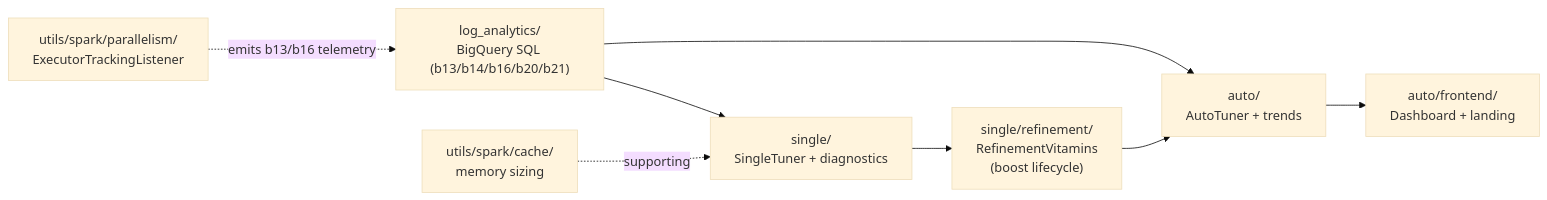
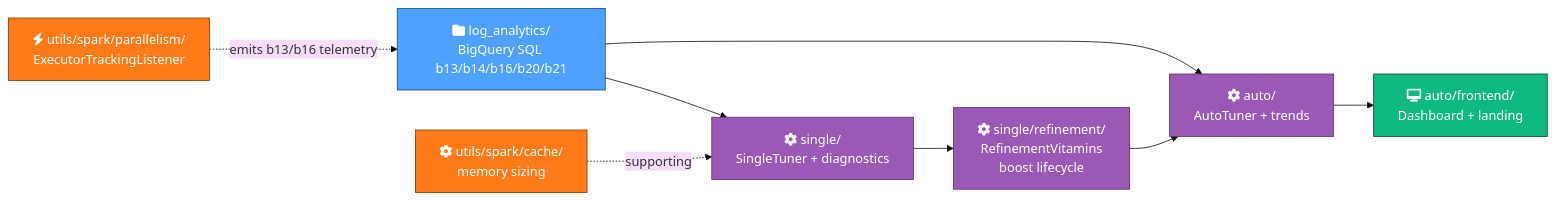
The diagram in CONTRIBUTING.md (albertols/spark-cluster-job-tuner), drawn with Mermaid (base theme) before and after one commit. The commit also changed other lines of this file, not shown here.

Commit message:
CONTRIBUTING: upgrade architecture diagram + add MERMAID_STYLE pointer
Two changes:

(1) Inserts a 1-line callout above the architecture-orientation diagram
    pointing readers at docs/MERMAID_STYLE.md as the canonical guide
    for any new Mermaid in the repo.

(2) Upgrades the architecture-orientation diagram to follow the style
    guide: classDef block (cloud/process/spark/frontend), FontAwesome
    icons (fa:fa-folder for the log_analytics module, fa:fa-cog for the
    Scala modules, fa:fa-desktop for the frontend, fa:fa-bolt for the
    listener). Module taxonomy preserved; visual hierarchy improved.

log_analytics intentionally classed as 'cloud' (it's the BigQuery
interface, not a directory of files) — defensible call; swap to
'document' if a reviewer disagrees.

````diff
--- a/CONTRIBUTING.md
+++ b/CONTRIBUTING.md
@@ -37,10 +39,24 @@
 ```mermaid
 flowchart LR
-  log["log_analytics/<br/>BigQuery SQL (b13/b14/b16/b20/b21)"] --> single["single/<br/>SingleTuner + diagnostics"]
-  log --> auto["auto/<br/>AutoTuner + trends"]
-  single --> refinement["single/refinement/<br/>RefinementVitamins<br/>(boost lifecycle)"]
+  classDef document fill:#9aa2ab,stroke:#3a4046,color:#1d1f23
+  classDef process  fill:#9b59b6,stroke:#5a2d6e,color:#fff
+  classDef spark    fill:#ff7a18,stroke:#8a3a00,color:#fff
+  classDef cloud    fill:#4ea1ff,stroke:#1a4f8a,color:#fff
+  classDef frontend fill:#10b981,stroke:#054b34,color:#fff
+
+  log[fa:fa-folder log_analytics/<br/>BigQuery SQL b13/b14/b16/b20/b21]:::cloud
+  single[fa:fa-cog single/<br/>SingleTuner + diagnostics]:::process
+  auto[fa:fa-cog auto/<br/>AutoTuner + trends]:::process
+  refinement[fa:fa-cog single/refinement/<br/>RefinementVitamins<br/>boost lifecycle]:::process
+  frontend[fa:fa-desktop auto/frontend/<br/>Dashboard + landing]:::frontend
+  cache[fa:fa-cog utils/spark/cache/<br/>memory sizing]:::spark
+  parallelism[fa:fa-bolt utils/spark/parallelism/<br/>ExecutorTrackingListener]:::spark
+
+  log --> single
+  log --> auto
+  single --> refinement
   refinement --> auto
-  auto --> frontend["auto/frontend/<br/>Dashboard + landing"]
-  cache["utils/spark/cache/<br/>memory sizing"] -. supporting .-> single
-  parallelism["utils/spark/parallelism/<br/>ExecutorTrackingListener"] -. emits b13/b16 telemetry .-> log
+  auto --> frontend
+  cache -. supporting .-> single
+  parallelism -. emits b13/b16 telemetry .-> log
 ```
````
